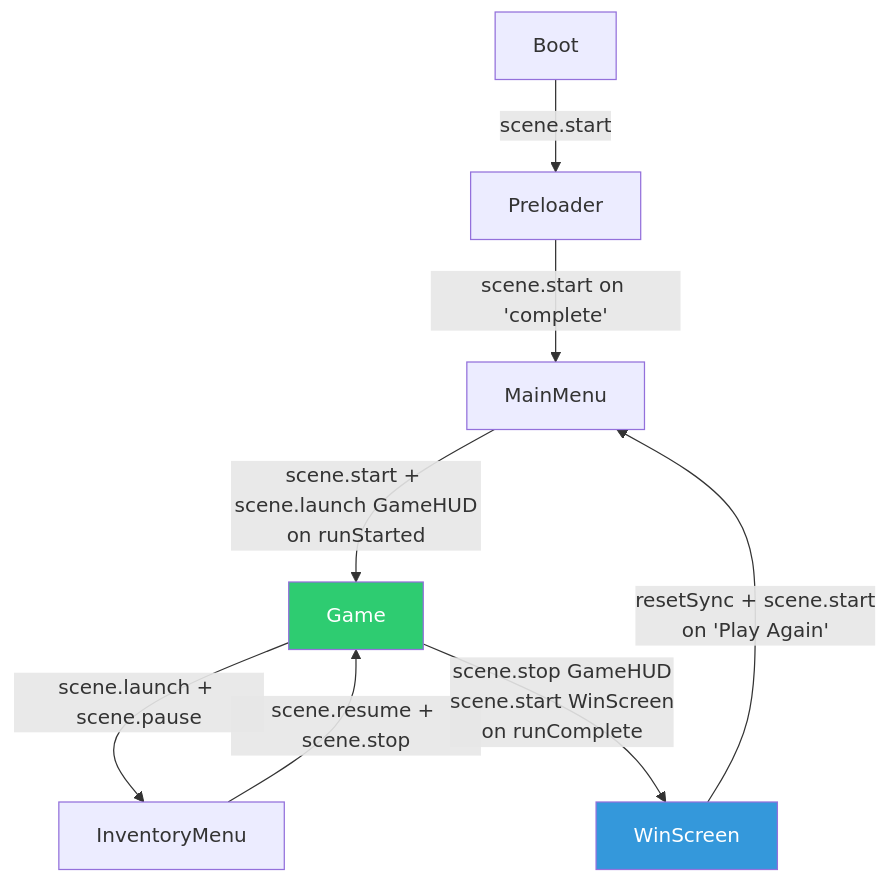
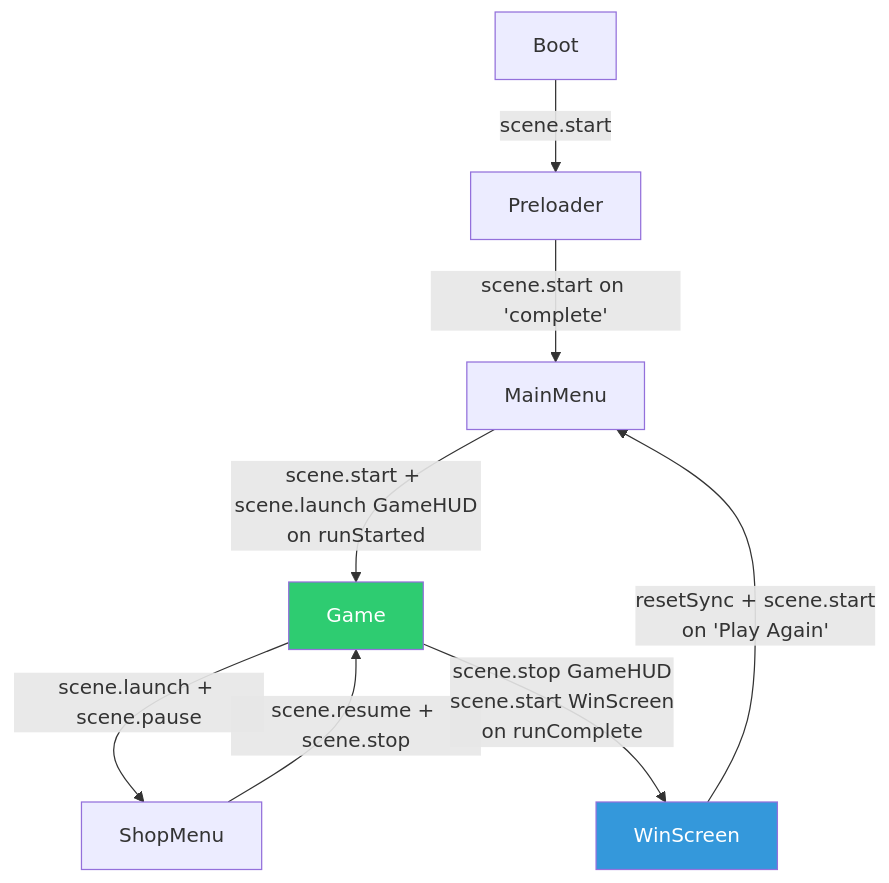
The first of 2 diagrams in docs/specs/client/04-scenes.md (NUSGreyhats/dcsg-vibecat-404), drawn with Mermaid before and after one commit. The commit also changed other lines of this file and 36 other files, not shown here.

Commit message:
Remove inventory and show powerups in game

````diff
--- a/docs/specs/client/04-scenes.md
+++ b/docs/specs/client/04-scenes.md
@@ -64,13 +63,13 @@
 ```mermaid
 graph TD
     BOOT[Boot] -->|scene.start| PRE[Preloader]
     PRE -->|scene.start on 'complete'| MENU[MainMenu]
     MENU -->|scene.start + scene.launch GameHUD<br/>on runStarted| GAME[Game]
-    GAME -->|scene.launch + scene.pause| INV[InventoryMenu]
-    INV -->|scene.resume + scene.stop| GAME
+    GAME -->|scene.launch + scene.pause| SHOP[ShopMenu]
+    SHOP -->|scene.resume + scene.stop| GAME
     GAME -->|scene.stop GameHUD<br/>scene.start WinScreen<br/>on runComplete| WIN[WinScreen]
     WIN -->|resetSync + scene.start<br/>on 'Play Again'| MENU
 
     style GAME fill:#2ecc71,color:#fff
     style WIN fill:#3498db,color:#fff
 ```
````
